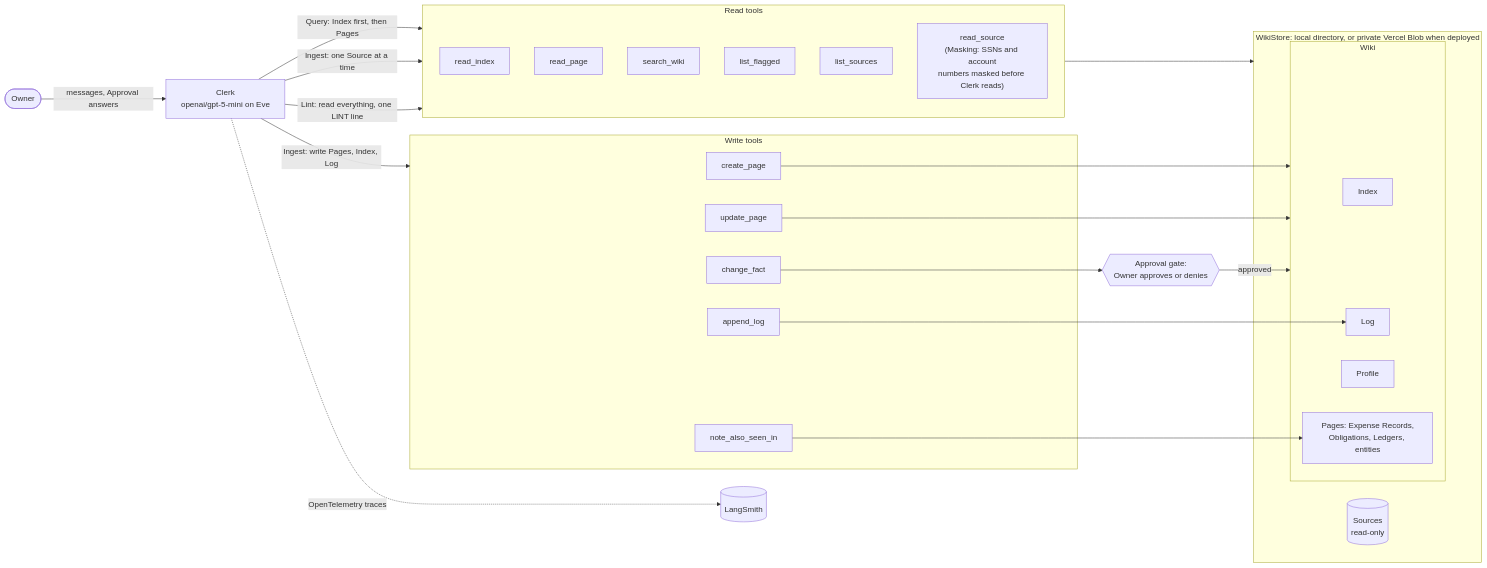
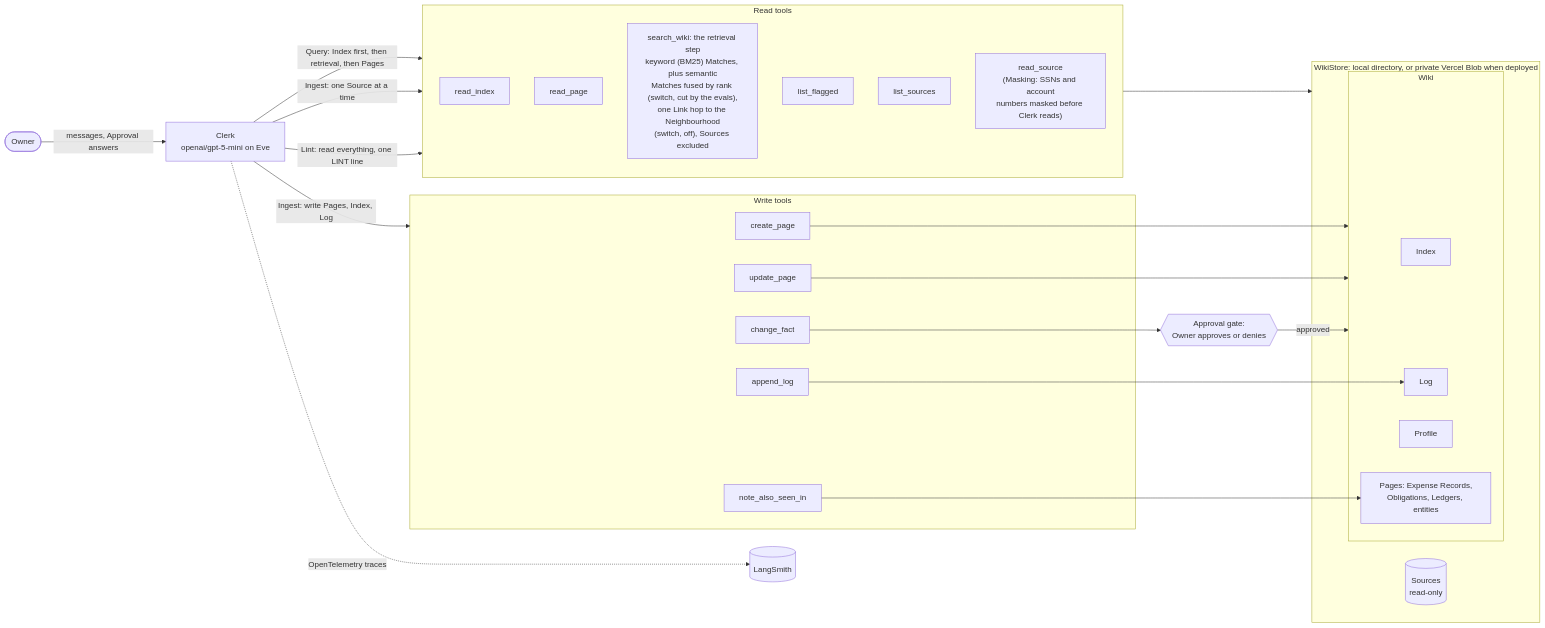
The diagram in README.md (rymanacevedo/business-wiki-agent), drawn with Mermaid before and after one commit. The commit also changed other lines of this file and 3 other files, not shown here.

First line of the commit message:
Report the retrieval after runs: README block, diagram, Retrieval sections

````diff
--- a/README.md
+++ b/README.md
@@ -114,45 +129,45 @@
 ```mermaid
 flowchart LR
   Owner([Owner]) -->|"messages, Approval answers"| Clerk["Clerk<br/>openai/gpt-5-mini on Eve"]
 
   subgraph Read["Read tools"]
     read_index
     read_page
-    search_wiki
+    search_wiki["search_wiki: the retrieval step<br/>keyword (BM25) Matches, plus semantic<br/>Matches fused by rank (switch, cut by the evals),<br/>one Link hop to the Neighbourhood<br/>(switch, off), Sources excluded"]
     list_flagged
     list_sources
     read_source["read_source<br/>(Masking: SSNs and account<br/>numbers masked before Clerk reads)"]
   end
 
   subgraph Write["Write tools"]
     create_page
     update_page
     append_log
     note_also_seen_in
     change_fact
   end
 
   Gate{{"Approval gate:<br/>Owner approves or denies"}}
 
   subgraph Store["WikiStore: local directory, or private Vercel Blob when deployed"]
     Sources[("Sources<br/>read-only")]
     subgraph Wiki
       Index
       Log
       Profile
       Pages["Pages: Expense Records,<br/>Obligations, Ledgers, entities"]
     end
   end
 
-  Clerk -->|"Query: Index first, then Pages"| Read
+  Clerk -->|"Query: Index first, then retrieval, then Pages"| Read
   Clerk -->|"Ingest: one Source at a time"| Read
   Clerk -->|"Ingest: write Pages, Index, Log"| Write
   Clerk -->|"Lint: read everything, one LINT line"| Read
   Read --> Store
   create_page --> Wiki
   update_page --> Wiki
   append_log --> Log
   note_also_seen_in --> Pages
   change_fact --> Gate -->|"approved"| Wiki
   Clerk -.->|"OpenTelemetry traces"| LangSmith[("LangSmith")]
 ```
````
